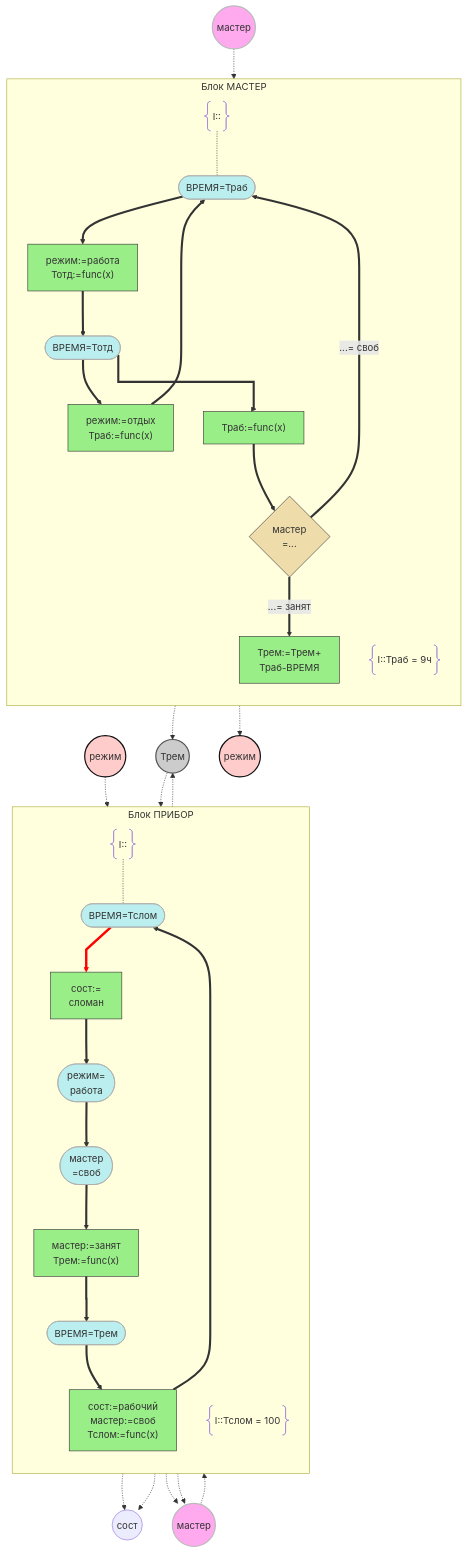
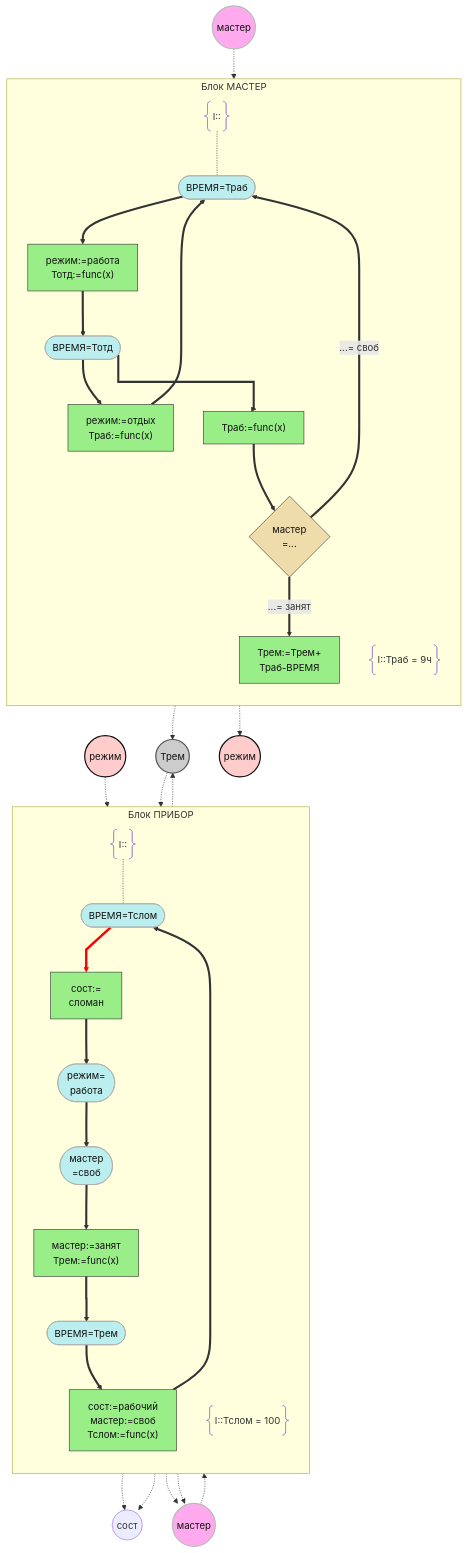
One commit to homemadelobotomy/DPLC changed the third of 3 diagrams in ReadME.md. Above: the diagram before and after it, drawn with Mermaid. The commit also changed other lines of this file, not shown here.

````diff
--- a/ReadME.md
+++ b/ReadME.md
@@ -91,65 +93,65 @@
 ```mermaid
 flowchart TD
 
   subgraph ПРИБОР["Блок ПРИБОР"]
     direction TB
     h1(["ВРЕМЯ=Тслом"]) e10@==> h2["сост:=<br>сломан"]
     h2 e11@==> h3(["режим=<br>работа"])
     h3 ==> h4(["мастер<br>=своб"])
     h4 ==> h5["мастер:=занят<br>Трем:=func(x)"]
     h5 e20@==> h6(["ВРЕМЯ=Трем"])
     h6 ==> h7["сост:=рабочий<br>мастер:=своб<br>Тслом:=func(x)"]
     h7 ==> h1
     Ini@{shape: braces, label: "I::"} -.- h1
     HTf@{shape: braces, label: "I::Тслом = 100"}
   end
 
   subgraph МАСТЕР["Блок МАСТЕР"]
     direction TB
     h11(["ВРЕМЯ=Траб"]) ==> h12["режим:=работа<br>Тотд:=func(x)"]
     h12 ==> h13(["ВРЕМЯ=Тотд"])
     h13 ==> h14["режим:=отдых<br>Траб:=func(x)"]
     h14 ==> h11
     h13 e30@==> h17["Траб:=func(x)"]
     h17 ==> h15{"мастер<br>=..."}
     h15 ==>|"...= занят"| h16["Трем:=Трем+<br>Траб-ВРЕМЯ"]
     h15 ==>|"...= своб"| h11
     Ini2@{shape: braces, label: "I::"} -.- h11
     HTf2@{shape: braces, label: "I::Траб = 9ч"}
   end
 
   %% общие параметры
   h2 -.->par3((сост))
   h7 -.->par3
   par1((режим))-.->h3
   par2((мастер))-.->h4
   h5 -.->par2
   h7 -.->par2
   h5 -.->par4((Трем))
   par4 -.-> h6
   h16 -.->par4
   par2b((мастер))-.->h15
   h12 -.->par1b((режим))
 
   e10@{ curve: linear}
   e11@{ curve: natural}
   e20@{ curve: stepAfter}
   e30@{ curve: stepBefore}
 
-  classDef cond fill:#bee,stroke:#aaa,stroke-width:1px;
-  classDef state fill:#9e8,stroke:#333,stroke-width:1px;
-  classDef navig fill:#eda,stroke:#333,stroke-width:1px;
+  classDef cond fill:#bee,stroke:#aaa,stroke-width:1px,color:#111;
+  classDef state fill:#9e8,stroke:#333,stroke-width:1px,color:#111;
+  classDef navig fill:#eda,stroke:#333,stroke-width:1px,color:#111;
   class h5,h2,h7,h12,h14,h16,h17 state;
   class h1,h3,h4,h6,h11,h13 cond;
   class h15 navig;
-  style par1 fill:#fcc,stroke:#111,stroke-width:2px;
-  style par2 fill:#fae,stroke:#bbb,stroke-width:2px;
-  style par4 fill:#ccc,stroke:#555,stroke-width:2px;
-  style par1b fill:#fcc,stroke:#111,stroke-width:2px;
-  style par2b fill:#fae,stroke:#bbb,stroke-width:2px;
+  style par1 fill:#fcc,stroke:#111,stroke-width:2px,color:#111;
+  style par2 fill:#fae,stroke:#bbb,stroke-width:2px,color:#111;
+  style par4 fill:#ccc,stroke:#555,stroke-width:2px,color:#111;
+  style par1b fill:#fcc,stroke:#111,stroke-width:2px,color:#111;
+  style par2b fill:#fae,stroke:#bbb,stroke-width:2px,color:#111;
   linkStyle 0 stroke:red,stroke-width:4px;
 
   click par2 href "https://iu5.bmstu.ru" "переход для Мастера" _blank
   click par4 href "https://iu5.bmstu.ru" "параметр Трем" _blank
   click par2b href "https://iu5.bmstu.ru" "переход для Мастера" _blank
 ```
````
